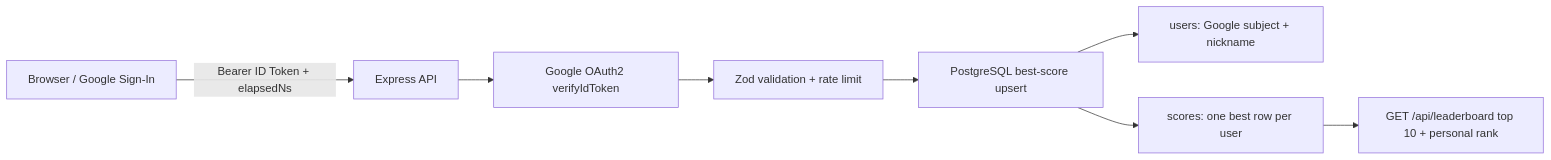
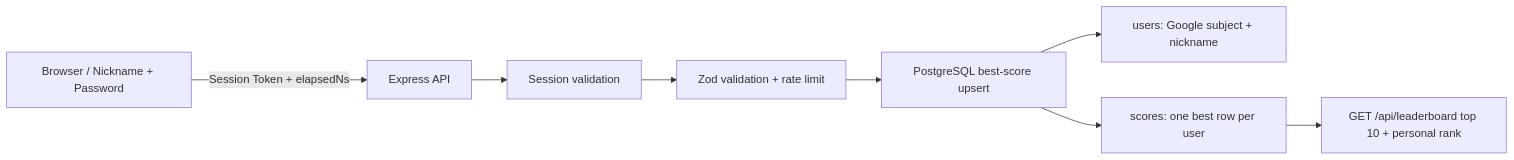
Before and after one commit to oibekzhon/Millisekund: the diagram in README.md, drawn with Mermaid. The commit also changed other lines of this file and 7 other files, not shown here.

Commit message:
Replace Google auth with nickname password login

````diff
--- a/README.md
+++ b/README.md
@@ -5,10 +5,10 @@
 ```mermaid
 flowchart LR
-  A[Browser / Google Sign-In] -->|Bearer ID Token + elapsedNs| B[Express API]
-  B --> C[Google OAuth2 verifyIdToken]
+  A[Browser / Nickname + Password] -->|Session Token + elapsedNs| B[Express API]
+  B --> C[Session validation]
   C --> D[Zod validation + rate limit]
   D --> E[PostgreSQL best-score upsert]
   E --> F[users: Google subject + nickname]
   E --> G[scores: one best row per user]
   G --> H[GET /api/leaderboard top 10 + personal rank]
 ```
````
